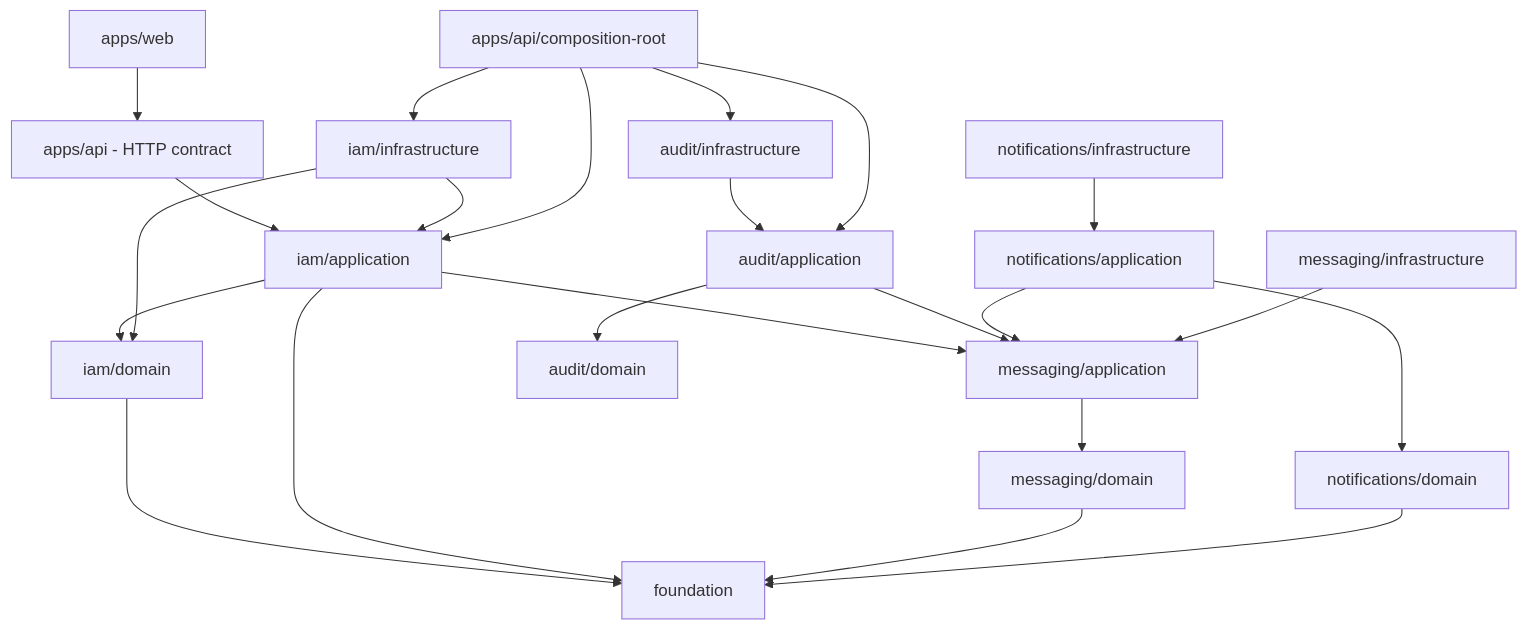
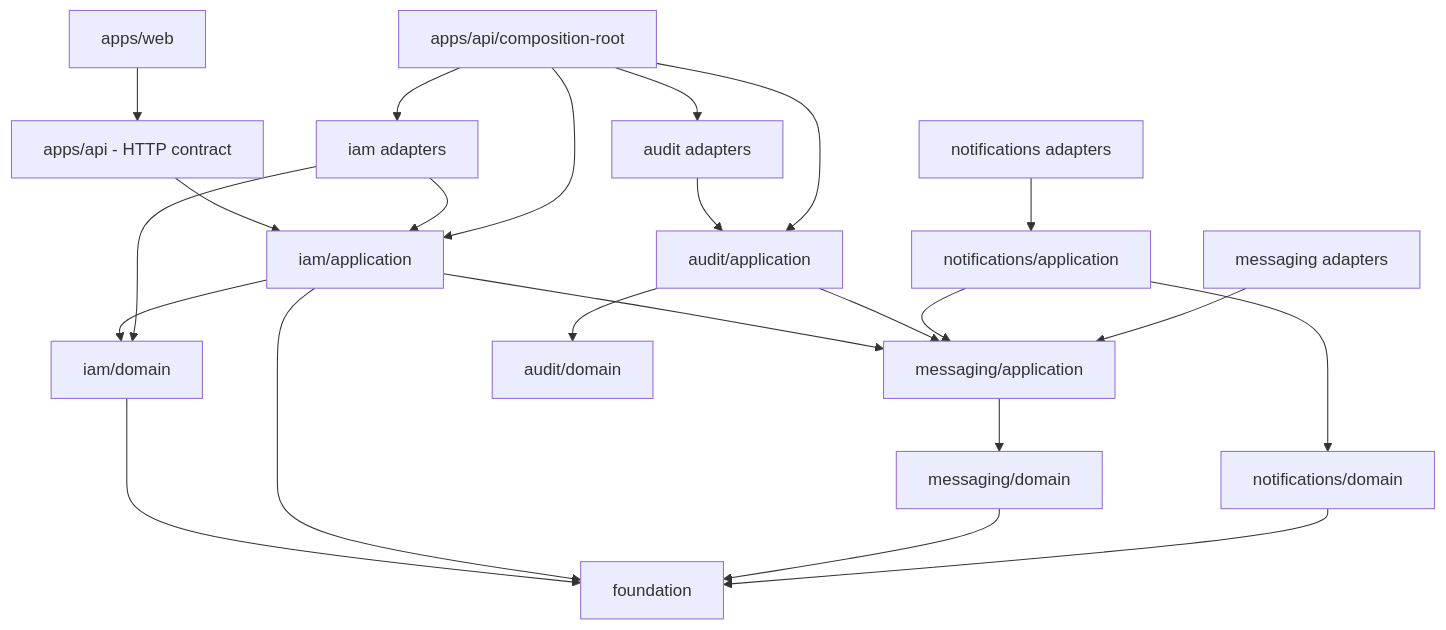
The diagram in docs/architecture/dependency-rules.md (Oxelio/architecture-web), drawn with Mermaid before and after one commit. The commit also changed other lines of this file and 477 other files, not shown here.

````diff
--- a/docs/architecture/dependency-rules.md
+++ b/docs/architecture/dependency-rules.md
@@ -7,25 +7,25 @@
 ```mermaid
 flowchart TD
     Web[apps/web] --> HTTP[apps/api - HTTP contract]
     HTTP --> App[iam/application]
     App --> Domain[iam/domain]
     Domain --> Foundation[foundation]
     App --> Foundation
     App --> MessagingApp[messaging/application]
     MessagingApp --> MessagingDomain[messaging/domain]
     MessagingDomain --> Foundation
     AuditApp[audit/application] --> AuditDomain[audit/domain]
     AuditApp --> MessagingApp
     NotificationsApp[notifications/application] --> NotificationsDomain[notifications/domain]
     NotificationsApp --> MessagingApp
     NotificationsDomain --> Foundation
-    Infra[iam/infrastructure] --> App
+    Infra[iam adapters] --> App
     Infra --> Domain
-    MessagingInfra[messaging/infrastructure] --> MessagingApp
-    AuditInfra[audit/infrastructure] --> AuditApp
-    NotificationsInfra[notifications/infrastructure] --> NotificationsApp
+    MessagingInfra[messaging adapters] --> MessagingApp
+    AuditInfra[audit adapters] --> AuditApp
+    NotificationsInfra[notifications adapters] --> NotificationsApp
     Composition[apps/api/composition-root] --> Infra
     Composition --> App
     Composition --> AuditInfra
     Composition --> AuditApp
 ```
````
